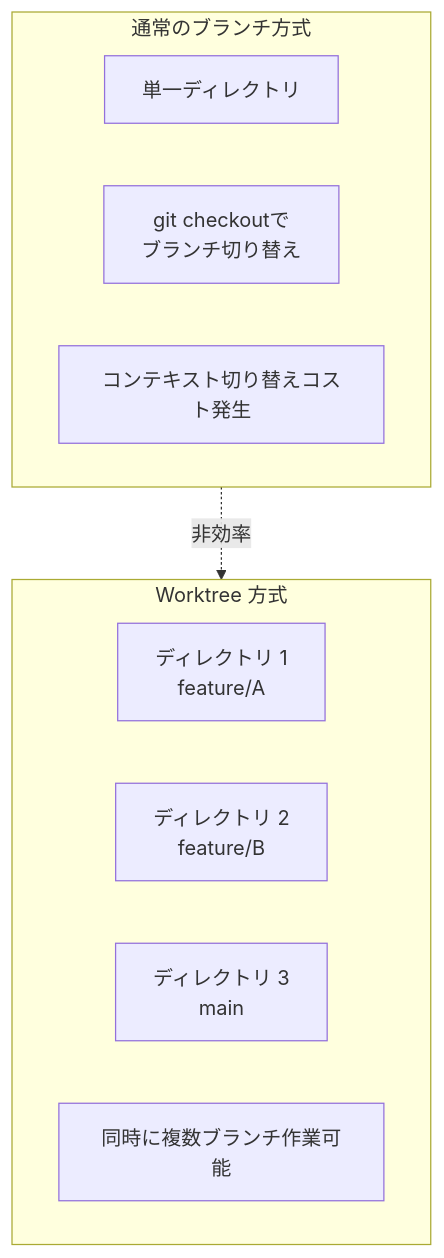
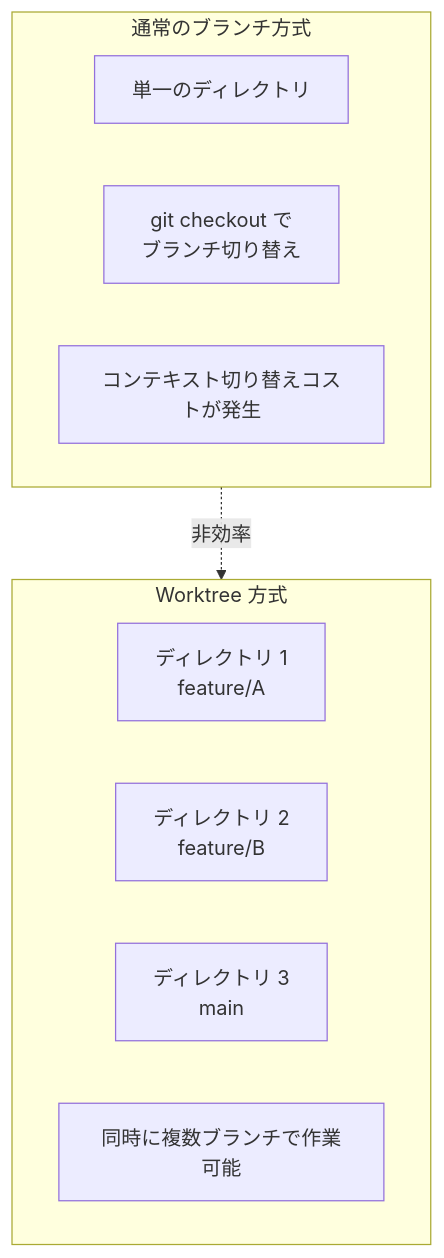
Before and after one commit to modu-ai/moai-adk: the first of 9 diagrams in docs-site/content/ja/worktree/faq.md, drawn with Mermaid. The commit also changed other lines of this file and 395 other files, not shown here.

````diff
--- a/docs-site/content/ja/worktree/faq.md
+++ b/docs-site/content/ja/worktree/faq.md
@@ -25,17 +26,17 @@
 ```mermaid
 graph TB
     subgraph Traditional["通常のブランチ方式"]
-        T1[単一ディレクトリ]
-        T2[git checkoutで<br/>ブランチ切り替え]
-        T3[コンテキスト切り替えコスト発生]
+        T1[単一のディレクトリ]
+        T2[git checkout で<br/>ブランチ切り替え]
+        T3[コンテキスト切り替えコストが発生]
     end
 
     subgraph Worktree["Worktree 方式"]
         W1[ディレクトリ 1<br/>feature/A]
         W2[ディレクトリ 2<br/>feature/B]
         W3[ディレクトリ 3<br/>main]
-        W4[同時に複数ブランチ作業可能]
+        W4[同時に複数ブランチで作業可能]
     end
 
     Traditional -.->|非効率| Worktree
 ```
````
